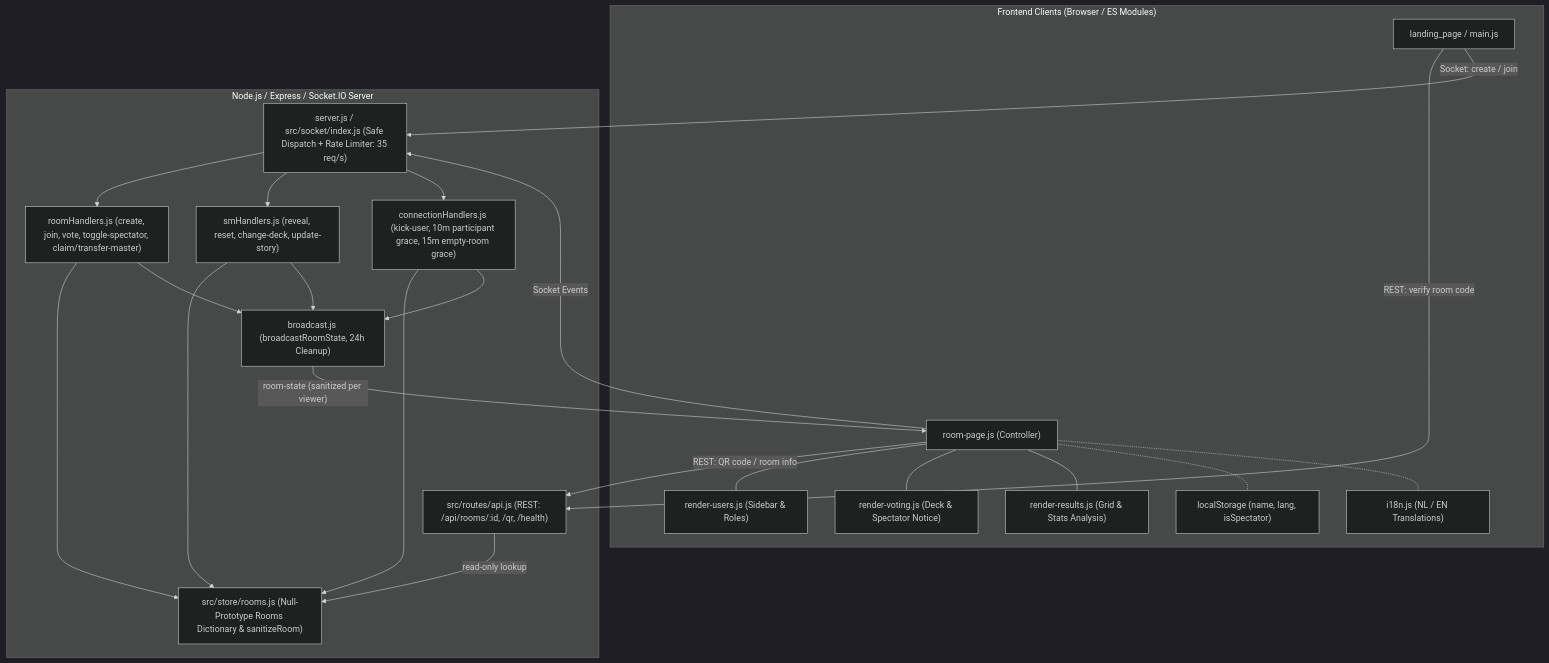
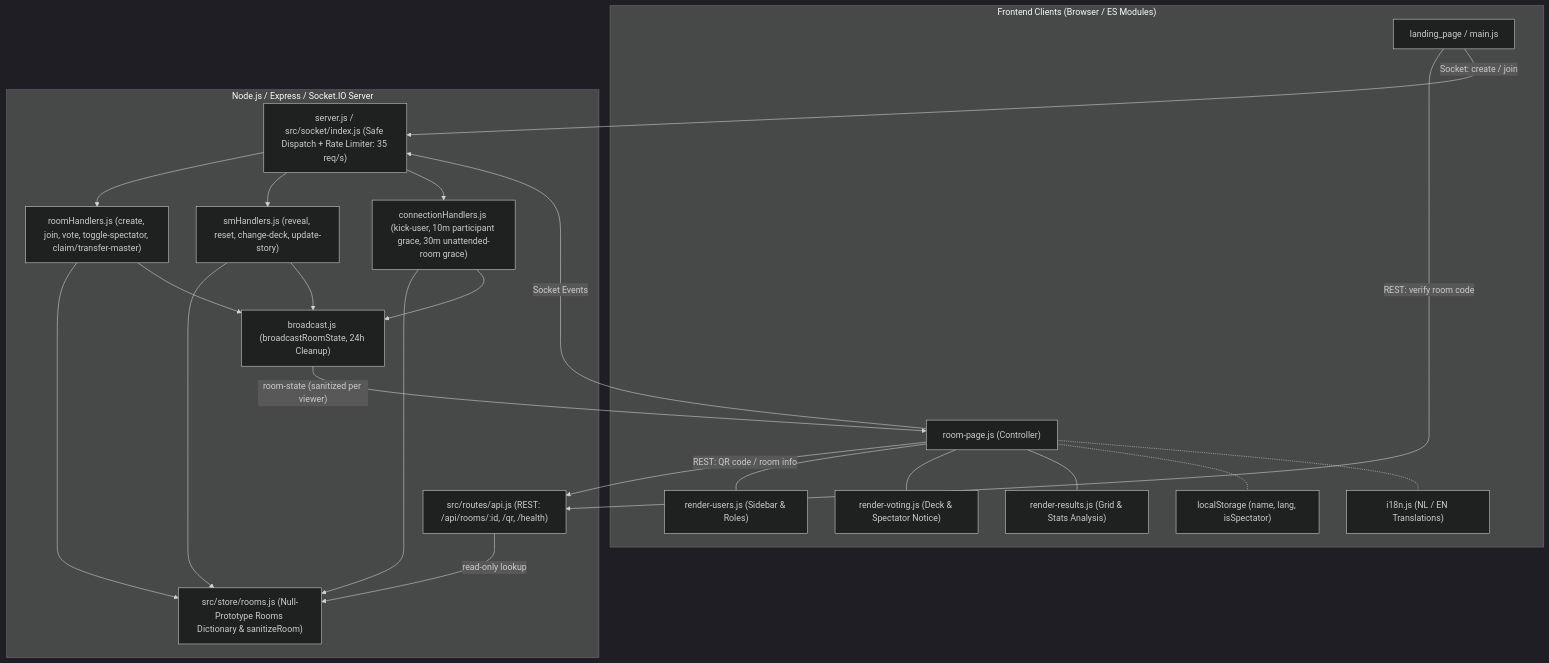
Before and after one commit to Stuxles/scrum-tools: the diagram in docs/wiki/index.md, drawn with Mermaid (dark theme). The commit also changed other lines of this file and 13 other files, not shown here.

````diff
--- a/docs/wiki/index.md
+++ b/docs/wiki/index.md
@@ -24,35 +24,35 @@
 ```mermaid
 graph TD
     subgraph Clients["Frontend Clients (Browser / ES Modules)"]
         Landing["landing_page / main.js"]
         RoomUI["room-page.js (Controller)"]
         RenderUsers["render-users.js (Sidebar & Roles)"]
         RenderVoting["render-voting.js (Deck & Spectator Notice)"]
         RenderResults["render-results.js (Grid & Stats Analysis)"]
         I18n["i18n.js (NL / EN Translations)"]
         LocalStore["localStorage (name, lang, isSpectator)"]
     end
 
     subgraph Backend["Node.js / Express / Socket.IO Server"]
         RestApi["src/routes/api.js (REST: /api/rooms/:id, /qr, /health)"]
         ServerEntry["server.js / src/socket/index.js (Safe Dispatch + Rate Limiter: 35 req/s)"]
         RoomHandlers["roomHandlers.js (create, join, vote, toggle-spectator, claim/transfer-master)"]
         SMHandlers["smHandlers.js (reveal, reset, change-deck, update-story)"]
-        ConnHandlers["connectionHandlers.js (kick-user, 10m participant grace, 15m empty-room grace)"]
+        ConnHandlers["connectionHandlers.js (kick-user, 10m participant grace, 30m unattended-room grace)"]
         Broadcast["broadcast.js (broadcastRoomState, 24h Cleanup)"]
         RoomsStore["src/store/rooms.js (Null-Prototype Rooms Dictionary & sanitizeRoom)"]
     end
 
     Landing -->|"REST: verify room code"| RestApi
     Landing -->|"Socket: create / join"| ServerEntry
     RoomUI -->|"REST: QR code / room info"| RestApi
     RoomUI -->|"Socket Events"| ServerEntry
     RoomUI --- RenderUsers & RenderVoting & RenderResults
     RoomUI -.- LocalStore & I18n
 
     RestApi -->|"read-only lookup"| RoomsStore
     ServerEntry --> RoomHandlers & SMHandlers & ConnHandlers
     RoomHandlers & SMHandlers & ConnHandlers --> RoomsStore
     RoomHandlers & SMHandlers & ConnHandlers --> Broadcast
     Broadcast -->|"room-state (sanitized per viewer)"| RoomUI
 ```
````
